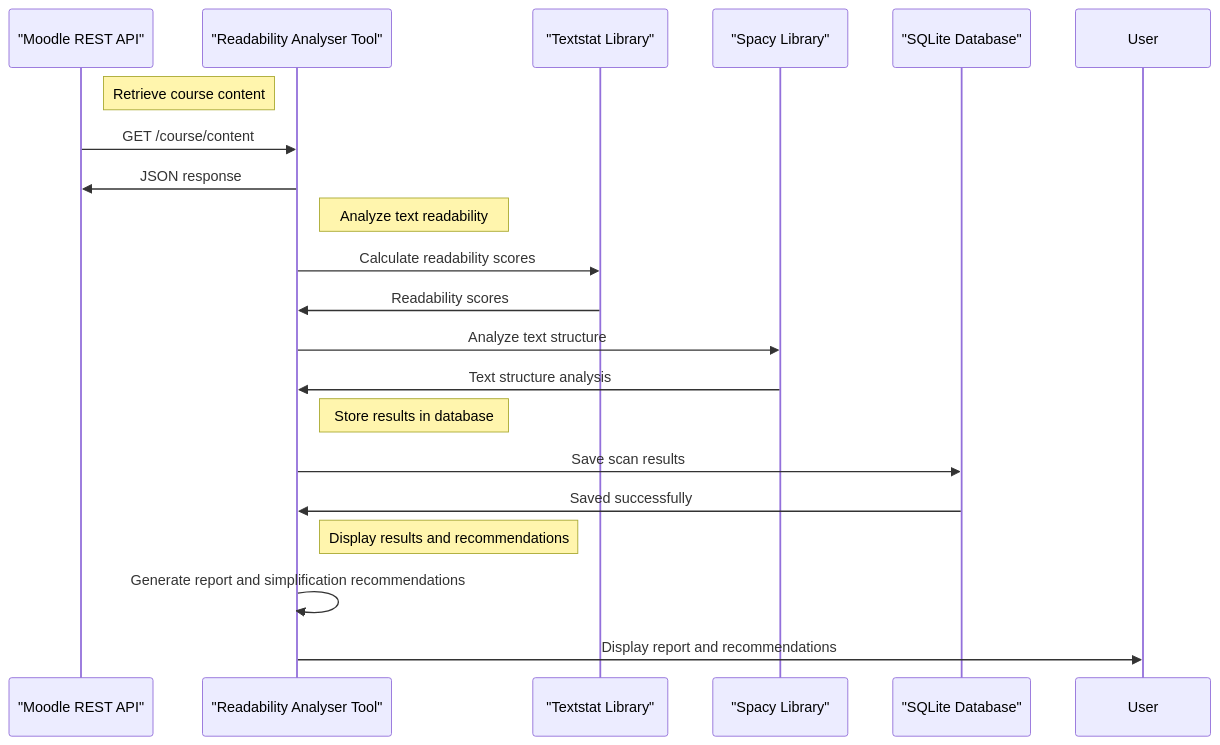
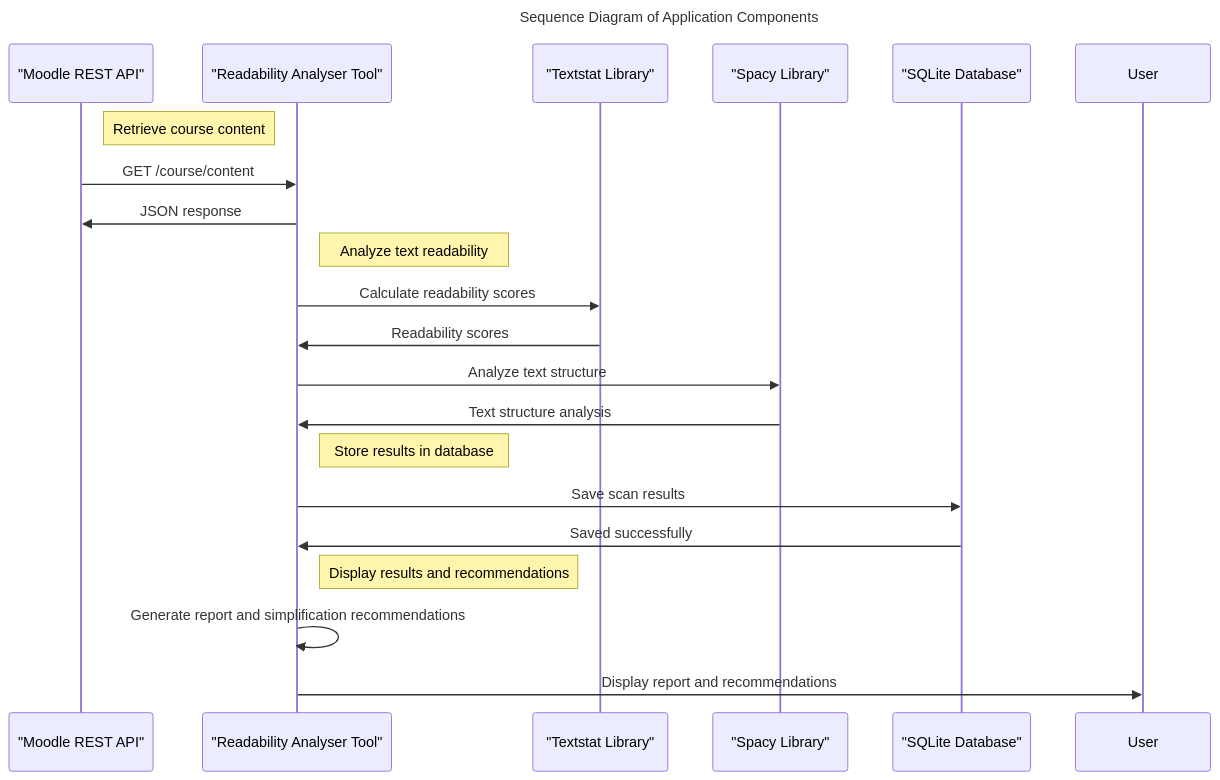
One commit to anrichp/Computing-Project-2024 changed the first of 6 diagrams in README.md. Above: the diagram before and after it, drawn with Mermaid. The commit also changed other lines of this file, not shown here.

Commit message:
add titles to all diagrams

````diff
--- a/README.md
+++ b/README.md
@@ -24,26 +24,29 @@
 ```mermaid
+---
+title: Sequence Diagram of Application Components
+---
 sequenceDiagram
     participant Moodle as "Moodle REST API"
     participant Tool as "Readability Analyser Tool"
     participant Textstat as "Textstat Library"
     participant Spacy as "Spacy Library"
     participant DB as "SQLite Database"
 
     Note right of Moodle: Retrieve course content
     Moodle->>Tool: GET /course/content
     Tool->>Moodle: JSON response
 
     Note right of Tool: Analyze text readability
     Tool->>Textstat: Calculate readability scores
     Textstat->>Tool: Readability scores
     Tool->>Spacy: Analyze text structure
     Spacy->>Tool: Text structure analysis
 
     Note right of Tool: Store results in database
     Tool->>DB: Save scan results
     DB->>Tool: Saved successfully
 
     Note right of Tool: Display results and recommendations
     Tool->>Tool: Generate report and simplification recommendations
     Tool->>User: Display report and recommendations
 ```
````
